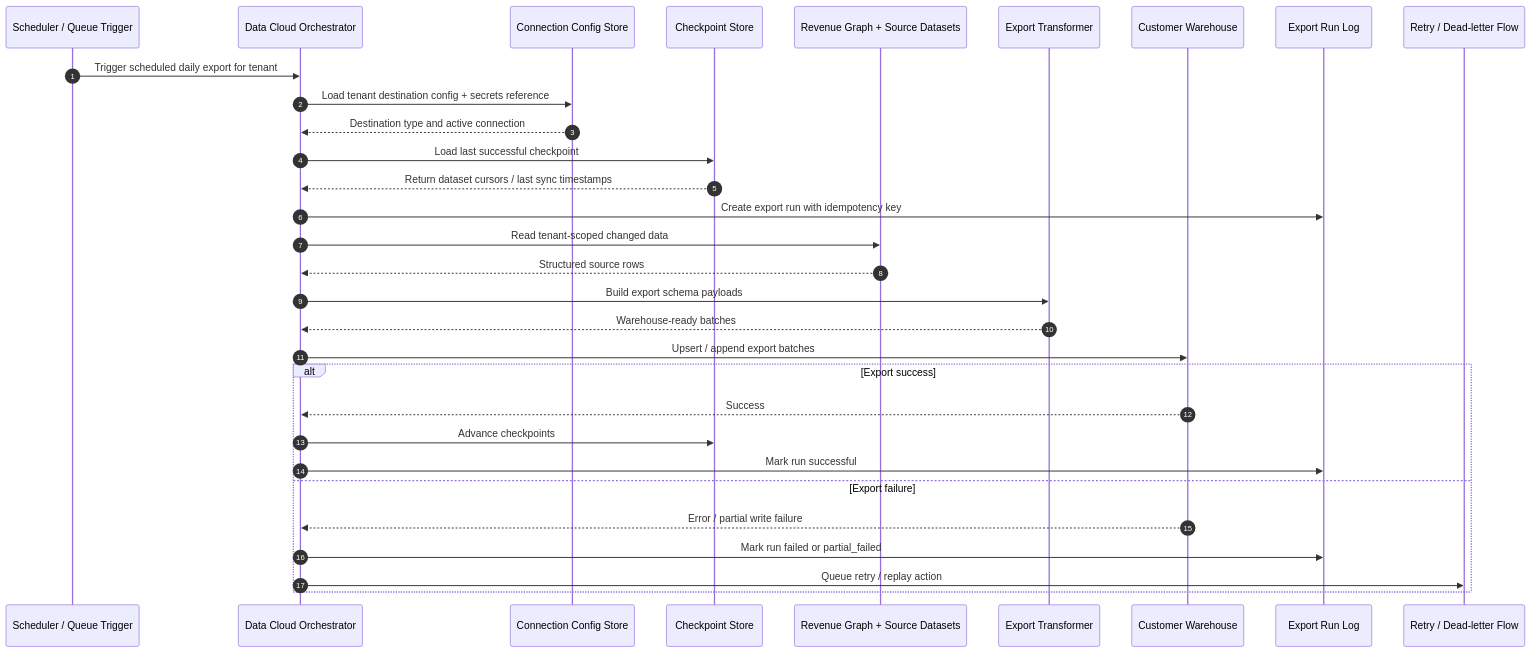
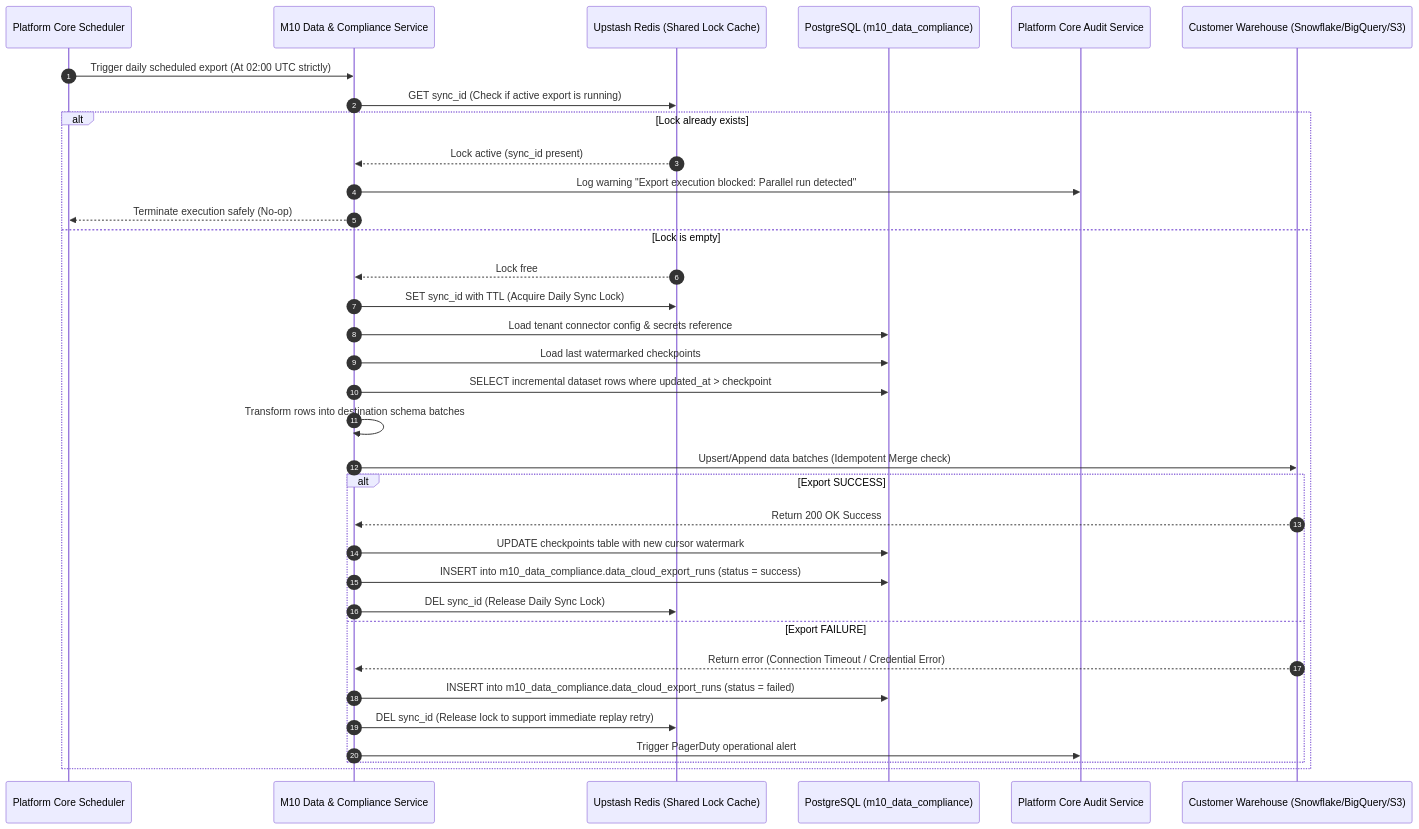
The third of 4 diagrams in Reference documents/M10 Data & Compliance/Sequence Diagrams-M10 flows.md (PoojaTiwari09/FB-and-RP-Fixes), drawn with Mermaid before and after one commit. The commit also changed other lines of this file and 79 other files, not shown here.

Commit message:
chore: commit all platform reference documents and drift audit alignments

````diff
--- a/Reference documents/M10 Data & Compliance/Sequence Diagrams-M10 flows.md
+++ b/Reference documents/M10 Data & Compliance/Sequence Diagrams-M10 flows.md
@@ -94,35 +106,39 @@
 ```mermaid
 sequenceDiagram
     autonumber
-    participant SCH as Scheduler / Queue Trigger
-    participant ORCH as Data Cloud Orchestrator
-    participant CFG as Connection Config Store
-    participant CP as Checkpoint Store
-    participant SRC as Revenue Graph + Source Datasets
-    participant XFORM as Export Transformer
-    participant WH as Customer Warehouse
-    participant RUN as Export Run Log
-    participant DLQ as Retry / Dead-letter Flow
+    participant CRON as Platform Core Scheduler
+    participant M10 as M10 Data & Compliance Service
+    participant REDIS as Upstash Redis (Shared Lock Cache)
+    participant DB as PostgreSQL (m10_data_compliance)
+    participant AUD as Platform Core Audit Service
+    participant WH as Customer Warehouse (Snowflake/BigQuery/S3)
 
-    SCH->>ORCH: Trigger scheduled daily export for tenant
-    ORCH->>CFG: Load tenant destination config + secrets reference
-    CFG-->>ORCH: Destination type and active connection
-    ORCH->>CP: Load last successful checkpoint
-    CP-->>ORCH: Return dataset cursors / last sync timestamps
-    ORCH->>RUN: Create export run with idempotency key
-    ORCH->>SRC: Read tenant-scoped changed data
-    SRC-->>ORCH: Structured source rows
-    ORCH->>XFORM: Build export schema payloads
-    XFORM-->>ORCH: Warehouse-ready batches
-    ORCH->>WH: Upsert / append export batches
-
-    alt Export success
-        WH-->>ORCH: Success
-        ORCH->>CP: Advance checkpoints
-        ORCH->>RUN: Mark run successful
-    else Export failure
-        WH-->>ORCH: Error / partial write failure
-        ORCH->>RUN: Mark run failed or partial_failed
-        ORCH->>DLQ: Queue retry / replay action
+    CRON->>M10: Trigger daily scheduled export (At 02:00 UTC strictly)
+    M10->>REDIS: GET sync_id (Check if active export is running)
+    
+    alt Lock already exists
+        REDIS-->>M10: Lock active (sync_id present)
+        M10->>AUD: Log warning "Export execution blocked: Parallel run detected"
+        M10-->>CRON: Terminate execution safely (No-op)
+    else Lock is empty
+        REDIS-->>M10: Lock free
+        M10->>REDIS: SET sync_id with TTL (Acquire Daily Sync Lock)
+        M10->>DB: Load tenant connector config & secrets reference
+        M10->>DB: Load last watermarked checkpoints
+        M10->>DB: SELECT incremental dataset rows where updated_at > checkpoint
+        M10->>M10: Transform rows into destination schema batches
+        M10->>WH: Upsert/Append data batches (Idempotent Merge check)
+        
+        alt Export SUCCESS
+            WH-->>M10: Return 200 OK Success
+            M10->>DB: UPDATE checkpoints table with new cursor watermark
+            M10->>DB: INSERT into m10_data_compliance.data_cloud_export_runs (status = success)
+            M10->>REDIS: DEL sync_id (Release Daily Sync Lock)
+        else Export FAILURE
+            WH-->>M10: Return error (Connection Timeout / Credential Error)
+            M10->>DB: INSERT into m10_data_compliance.data_cloud_export_runs (status = failed)
+            M10->>REDIS: DEL sync_id (Release lock to support immediate replay retry)
+            M10->>AUD: Trigger PagerDuty operational alert
+        end
     end
 ```
````
